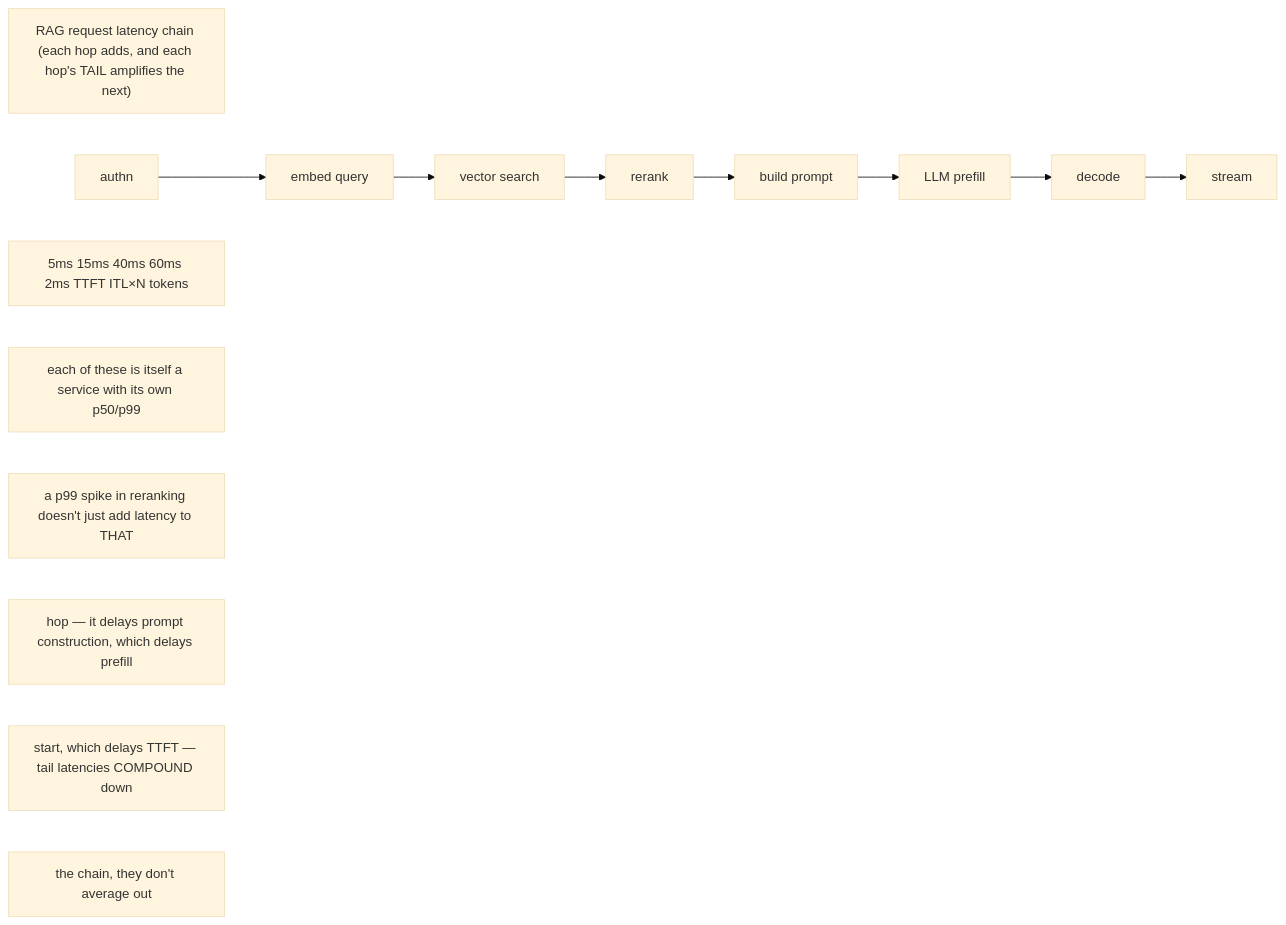
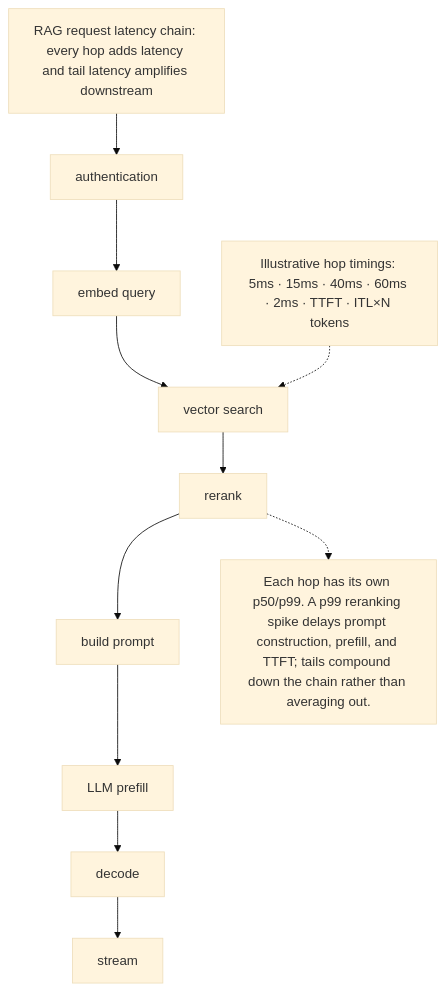
The first of 2 diagrams in docs/volume-05/15-senior-deep-dive-6-rag-vector-search-and-stateful-dependencies.md (jithinpnjm/nvidia-devops), drawn with Mermaid (base theme) before and after one commit. The commit also changed other lines of this file and 99 other files, not shown here.

````diff
--- a/docs/volume-05/15-senior-deep-dive-6-rag-vector-search-and-stateful-dependencies.md
+++ b/docs/volume-05/15-senior-deep-dive-6-rag-vector-search-and-stateful-dependencies.md
@@ -15,26 +15,8 @@
 ```mermaid
-flowchart LR
-  %% Converted from the original ASCII diagram; source wording is preserved.
-  n0["RAG request latency chain (each hop adds, and each hop's TAIL amplifies the next)"]
-  n1["authn"]
-  n2["embed query"]
-  n3["vector search"]
-  n4["rerank"]
-  n5["build prompt"]
-  n6["LLM prefill"]
-  n7["decode"]
-  n8["stream"]
-  n9["5ms 15ms 40ms 60ms 2ms TTFT ITL×N tokens"]
-  n10["each of these is itself a service with its own p50/p99"]
-  n11["a p99 spike in reranking doesn't just add latency to THAT"]
-  n12["hop — it delays prompt construction, which delays prefill"]
-  n13["start, which delays TTFT — tail latencies COMPOUND down"]
-  n14["the chain, they don't average out"]
-  n1 --> n2
-  n2 --> n3
-  n3 --> n4
-  n4 --> n5
-  n5 --> n6
-  n6 --> n7
-  n7 --> n8
+flowchart TD
+  Title["RAG request latency chain: every hop adds latency and tail latency amplifies downstream"]
+  Title --> Auth["authentication"] --> Embed["embed query"] --> Search["vector search"] --> Rerank["rerank"]
+  Rerank --> Prompt["build prompt"] --> Prefill["LLM prefill"] --> Decode["decode"] --> Stream["stream"]
+  Timing["Illustrative hop timings: 5ms · 15ms · 40ms · 60ms · 2ms · TTFT · ITL×N tokens"] -.-> Search
+  Rerank -.-> Tail["Each hop has its own p50/p99. A p99 reranking spike delays prompt construction, prefill, and TTFT; tails compound down the chain rather than averaging out."]
 ```
````
